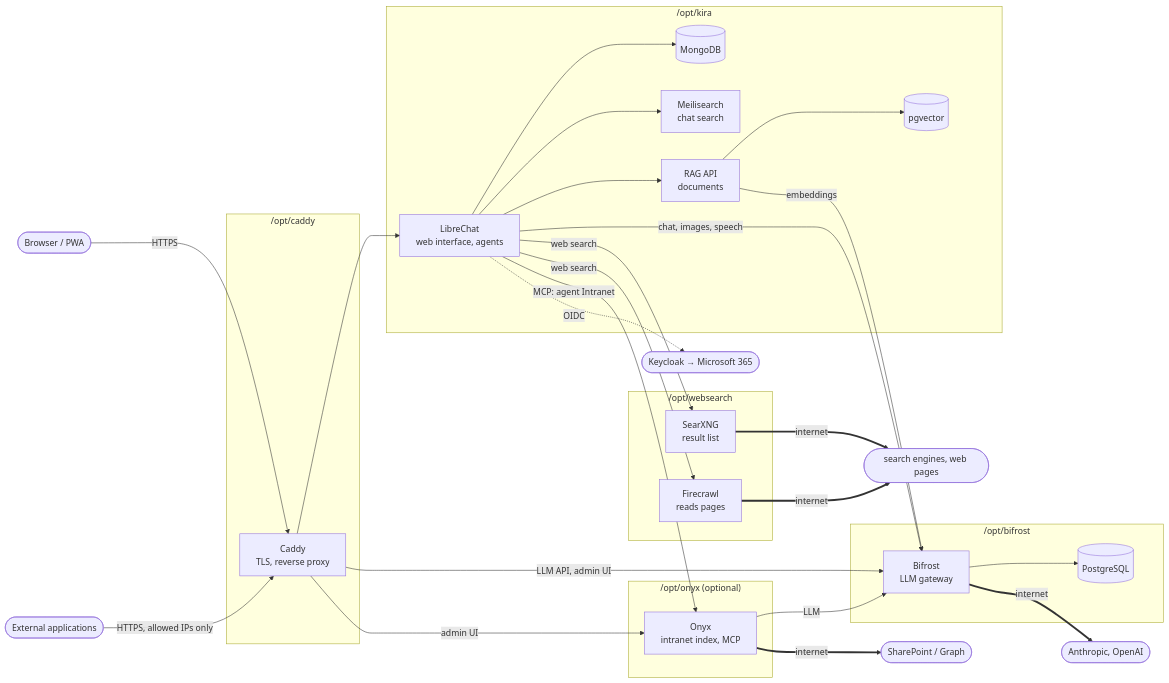
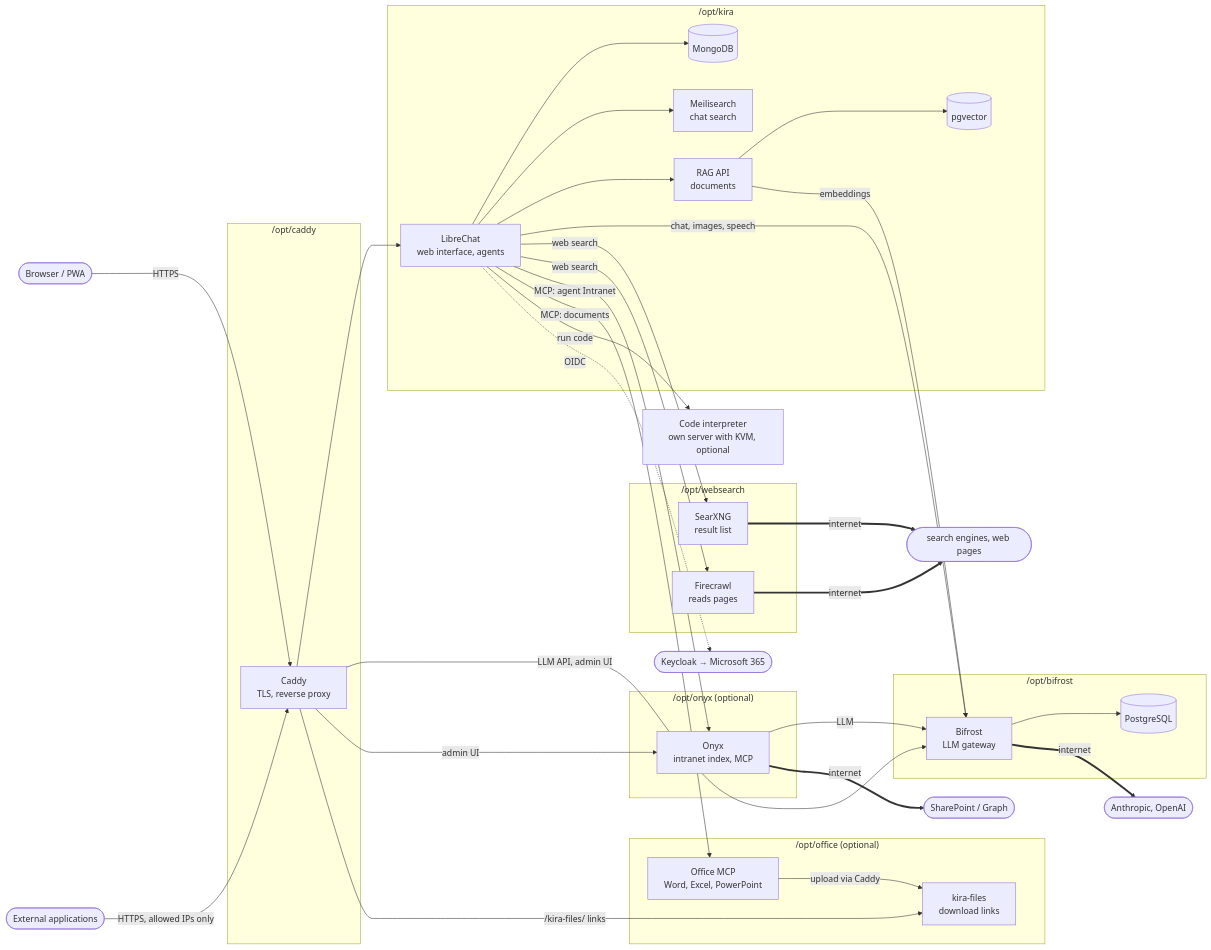
The diagram in kira/README.md (mrprohl/KIRA), drawn with Mermaid before and after one commit. The commit also changed other lines of this file and 30 other files, not shown here.

First line of the commit message:
Office documents and code interpreter

````diff
--- a/kira/README.md
+++ b/kira/README.md
@@ -12,47 +12,58 @@
 ```mermaid
 flowchart LR
   U([Browser / PWA]) -->|HTTPS| C
   EXT([External applications]) -->|HTTPS, allowed IPs only| C
 
   subgraph caddy["/opt/caddy"]
     C[Caddy<br/>TLS, reverse proxy]
   end
 
   subgraph kira["/opt/kira"]
     LC[LibreChat<br/>web interface, agents]
     MO[(MongoDB)]
     ME[Meilisearch<br/>chat search]
     RAG[RAG API<br/>documents]
     VDB[(pgvector)]
   end
 
   subgraph bifrost["/opt/bifrost"]
     BF[Bifrost<br/>LLM gateway]
     BDB[(PostgreSQL)]
   end
 
   subgraph websearch["/opt/websearch"]
     SX[SearXNG<br/>result list]
     FC[Firecrawl<br/>reads pages]
   end
 
   subgraph onyx["/opt/onyx (optional)"]
     OX[Onyx<br/>intranet index, MCP]
   end
 
+  subgraph office["/opt/office (optional)"]
+    OM[Office MCP<br/>Word, Excel, PowerPoint]
+    OF[kira-files<br/>download links]
+  end
+
+  CI[Code interpreter<br/>own server with KVM, optional]
+
   C --> LC
   C -->|LLM API, admin UI| BF
   C -->|admin UI| OX
   LC --> MO & ME & RAG
   RAG --> VDB
   LC -->|chat, images, speech| BF
   RAG -->|embeddings| BF
   LC -->|web search| SX & FC
   LC -->|MCP: agent Intranet| OX
   OX -->|LLM| BF
+  LC -->|MCP: documents| OM
+  OM -->|upload via Caddy| OF
+  C -->|/kira-files/ links| OF
+  LC -->|run code| CI
   BF --> BDB
   LC -.->|OIDC| KC([Keycloak → Microsoft 365])
   BF ==>|internet| AI([Anthropic, OpenAI])
   SX & FC ==>|internet| WEB([search engines, web pages])
   OX ==>|internet| SP([SharePoint / Graph])
 ```
````
